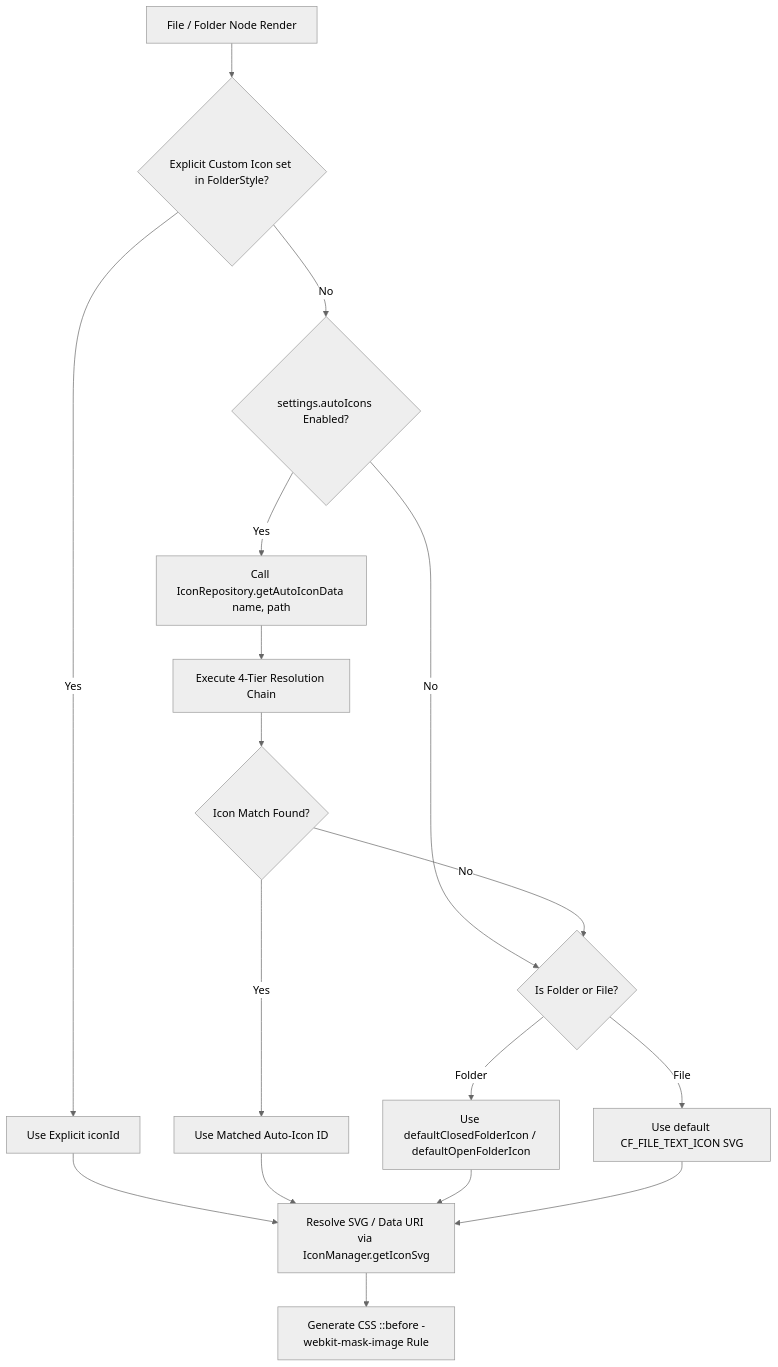
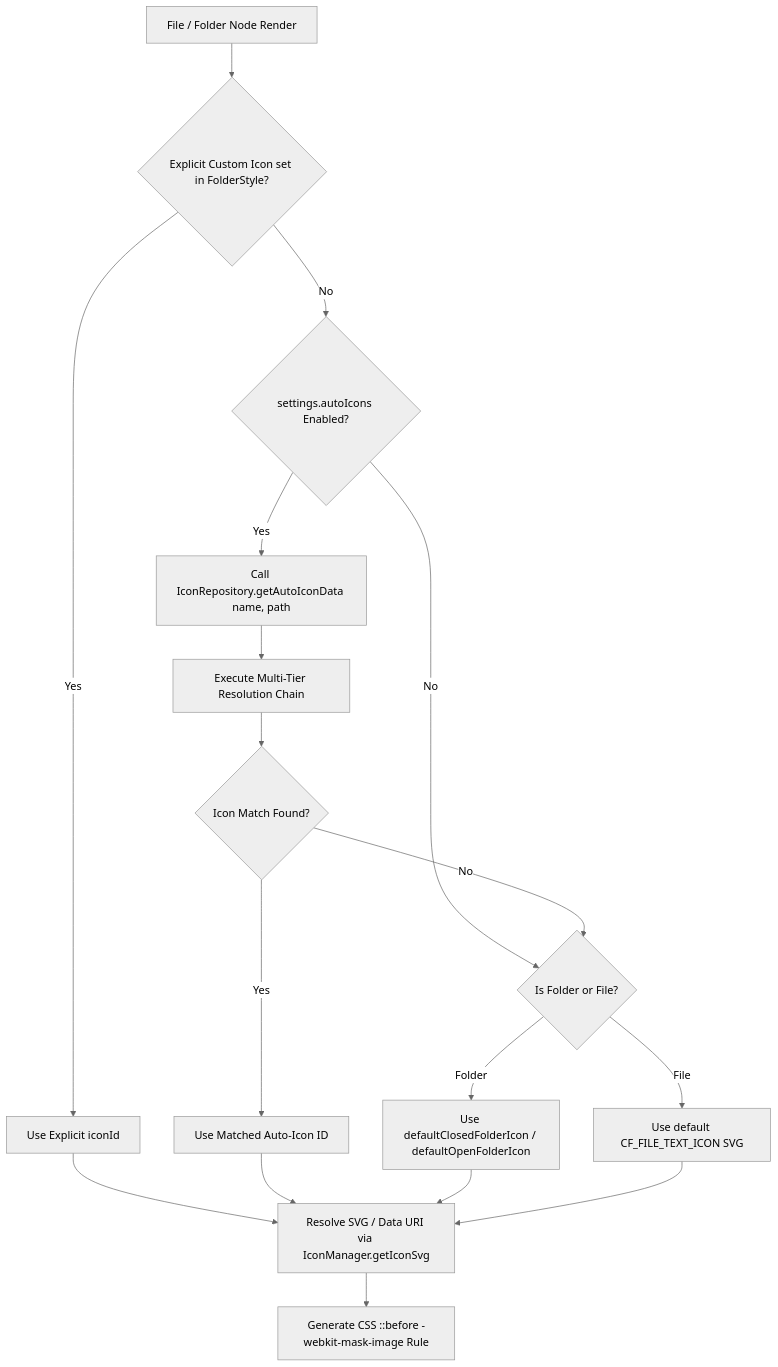
The third of 7 diagrams in docs/architecture/ARCHITECTURE.md (RohitNahar-Offical/colorful-folders-obsidian), drawn with Mermaid (neutral theme) before and after one commit. The commit also changed other lines of this file and 6 other files, not shown here.

````diff
--- a/docs/architecture/ARCHITECTURE.md
+++ b/docs/architecture/ARCHITECTURE.md
@@ -184,19 +184,19 @@
 ```mermaid
 flowchart TD
     A[File / Folder Node Render] --> B{Explicit Custom Icon set in FolderStyle?}
     B -- Yes --> C[Use Explicit iconId]
     B -- No --> D{settings.autoIcons Enabled?}
     D -- No --> E{Is Folder or File?}
     E -- Folder --> F[Use defaultClosedFolderIcon / defaultOpenFolderIcon]
     E -- File --> G[Use default CF_FILE_TEXT_ICON SVG]
     D -- Yes --> H[Call IconRepository.getAutoIconData name, path]
-    H --> I[Execute 4-Tier Resolution Chain]
+    H --> I[Execute Multi-Tier Resolution Chain]
     I --> J{Icon Match Found?}
     J -- Yes --> K[Use Matched Auto-Icon ID]
     J -- No --> E
     C --> L[Resolve SVG / Data URI via IconManager.getIconSvg]
     K --> L
     F --> L
     G --> L
     L --> M[Generate CSS ::before -webkit-mask-image Rule]
 ```
````
